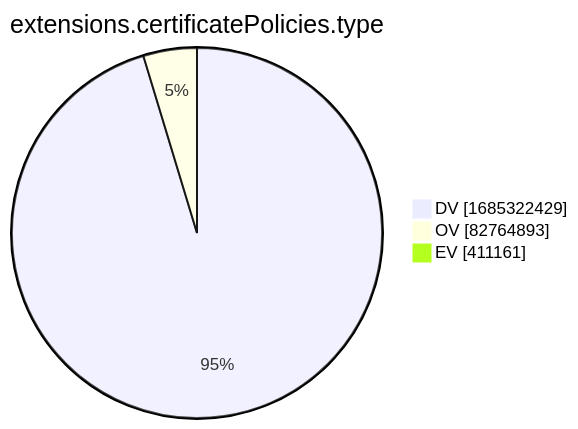
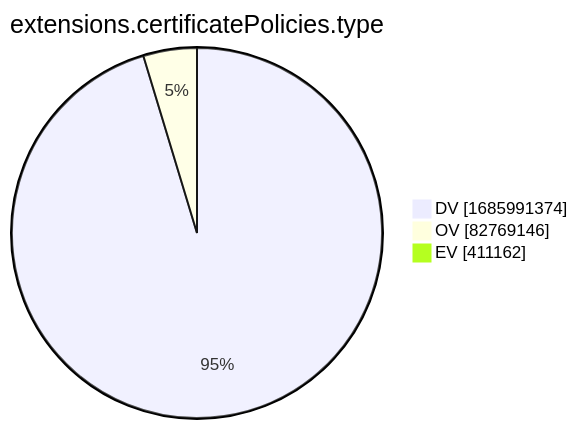
Before and after one commit to christiankrug/ctmonitor_visualization: the tenth of 15 diagrams in xenon2022/README.md, drawn with Mermaid. The commit also changed other lines of this file, not shown here.

````diff
--- a/xenon2022/README.md
+++ b/xenon2022/README.md
@@ -2881,7 +2881,7 @@
 ```mermaid
 pie showData
 title extensions.certificatePolicies.type
-"DV" :1685322429
-"OV" :82764893
-"EV" :411161
+"DV" :1685991374
+"OV" :82769146
+"EV" :411162
 ```
````
